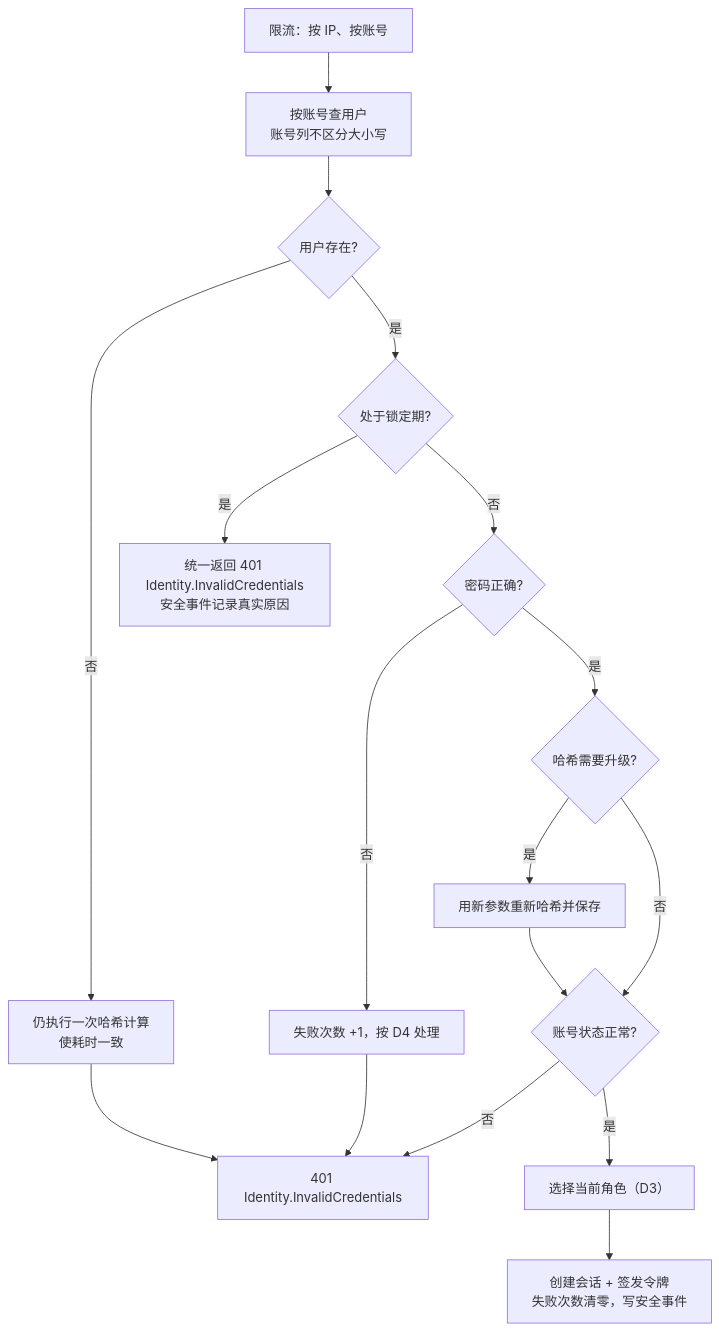
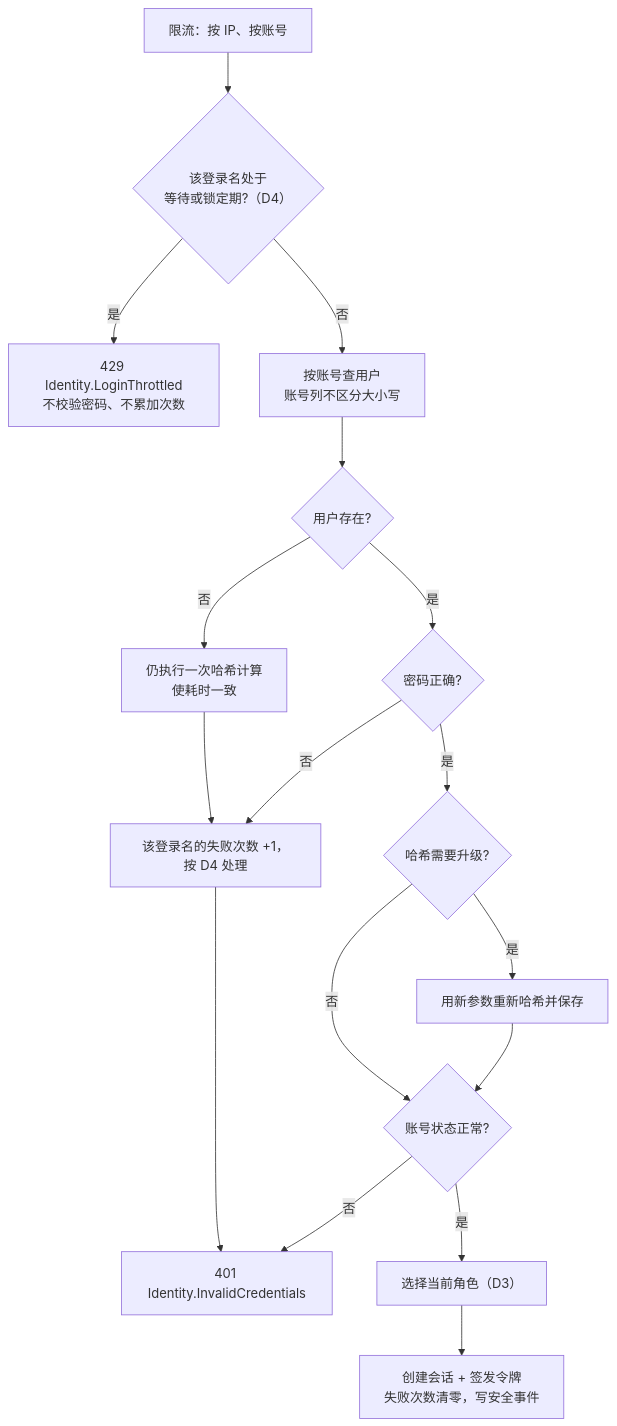
One commit to gw-hhh/KMIC.Platform changed the third of 3 diagrams in docs/framework/05-infrastructure/05-04-认证与会话.md. Above: the diagram before and after it, drawn with Mermaid. The commit also changed other lines of this file and 3 other files, not shown here.

````diff
--- a/docs/framework/05-infrastructure/05-04-认证与会话.md
+++ b/docs/framework/05-infrastructure/05-04-认证与会话.md
@@ -304,16 +308,16 @@
 ```mermaid
 flowchart TD
-    A[限流：按 IP、按账号] --> B[按账号查用户<br/>账号列不区分大小写]
+    A[限流：按 IP、按账号] --> T{该登录名处于<br/>等待或锁定期?（D4）}
+    T -- 是 --> TH[429 Identity.LoginThrottled<br/>不校验密码、不累加次数]
+    T -- 否 --> B[按账号查用户<br/>账号列不区分大小写]
     B --> C{用户存在?}
-    C -- 否 --> H0[仍执行一次哈希计算<br/>使耗时一致] --> F[401 Identity.InvalidCredentials]
-    C -- 是 --> L{处于锁定期?}
-    L -- 是 --> LK[统一返回 401 Identity.InvalidCredentials<br/>安全事件记录真实原因]
-    L -- 否 --> V{密码正确?}
-    V -- 否 --> CNT[失败次数 +1，按 D4 处理] --> F
+    C -- 否 --> H0[仍执行一次哈希计算<br/>使耗时一致] --> CNT
+    C -- 是 --> V{密码正确?}
+    V -- 否 --> CNT[该登录名的失败次数 +1，按 D4 处理] --> F[401 Identity.InvalidCredentials]
     V -- 是 --> RH{哈希需要升级?}
     RH -- 是 --> UP[用新参数重新哈希并保存]
     RH -- 否 --> ST
     UP --> ST{账号状态正常?}
     ST -- 否 --> F
     ST -- 是 --> R[选择当前角色（D3）] --> S[创建会话 + 签发令牌<br/>失败次数清零，写安全事件]
 ```
````
